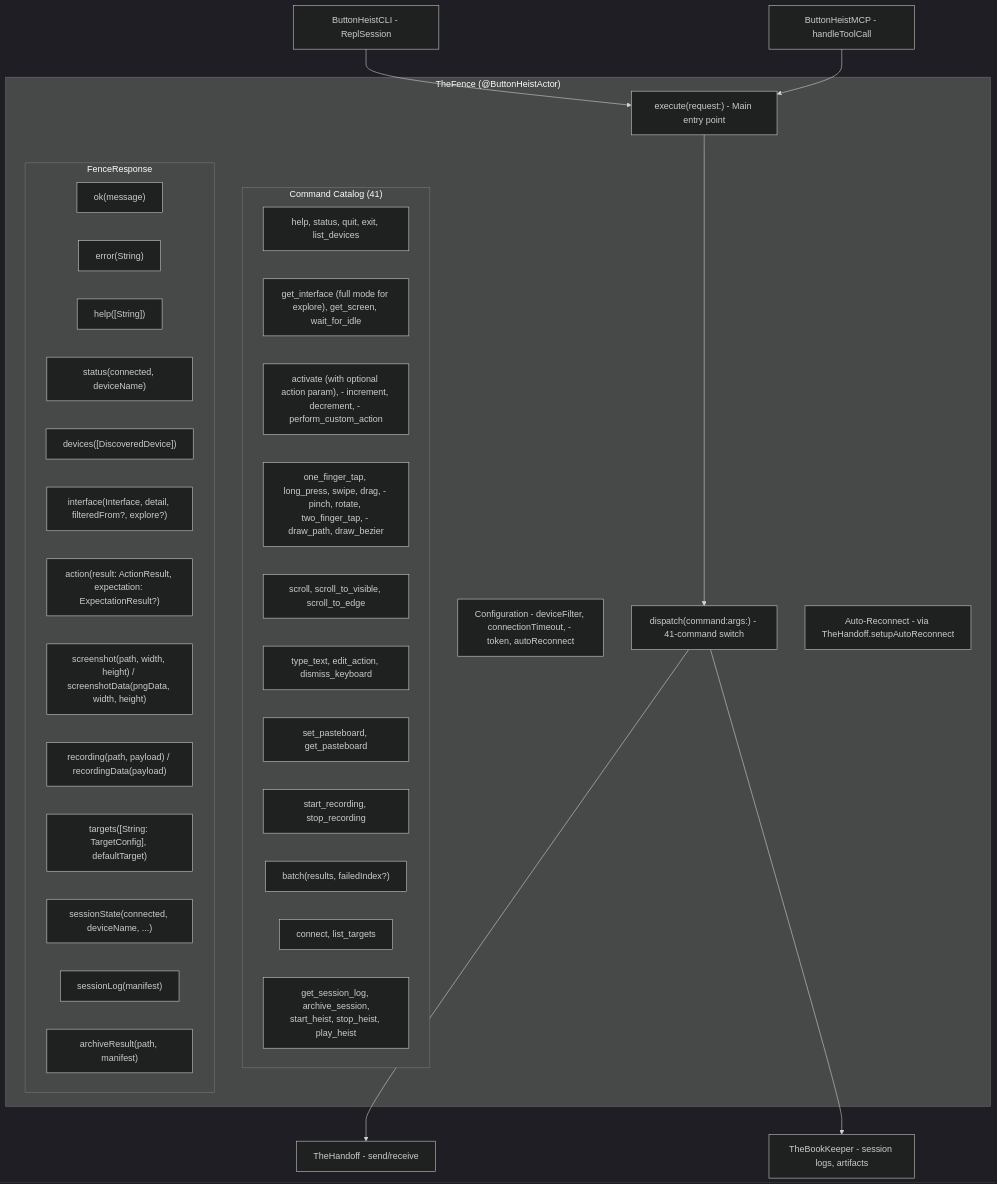
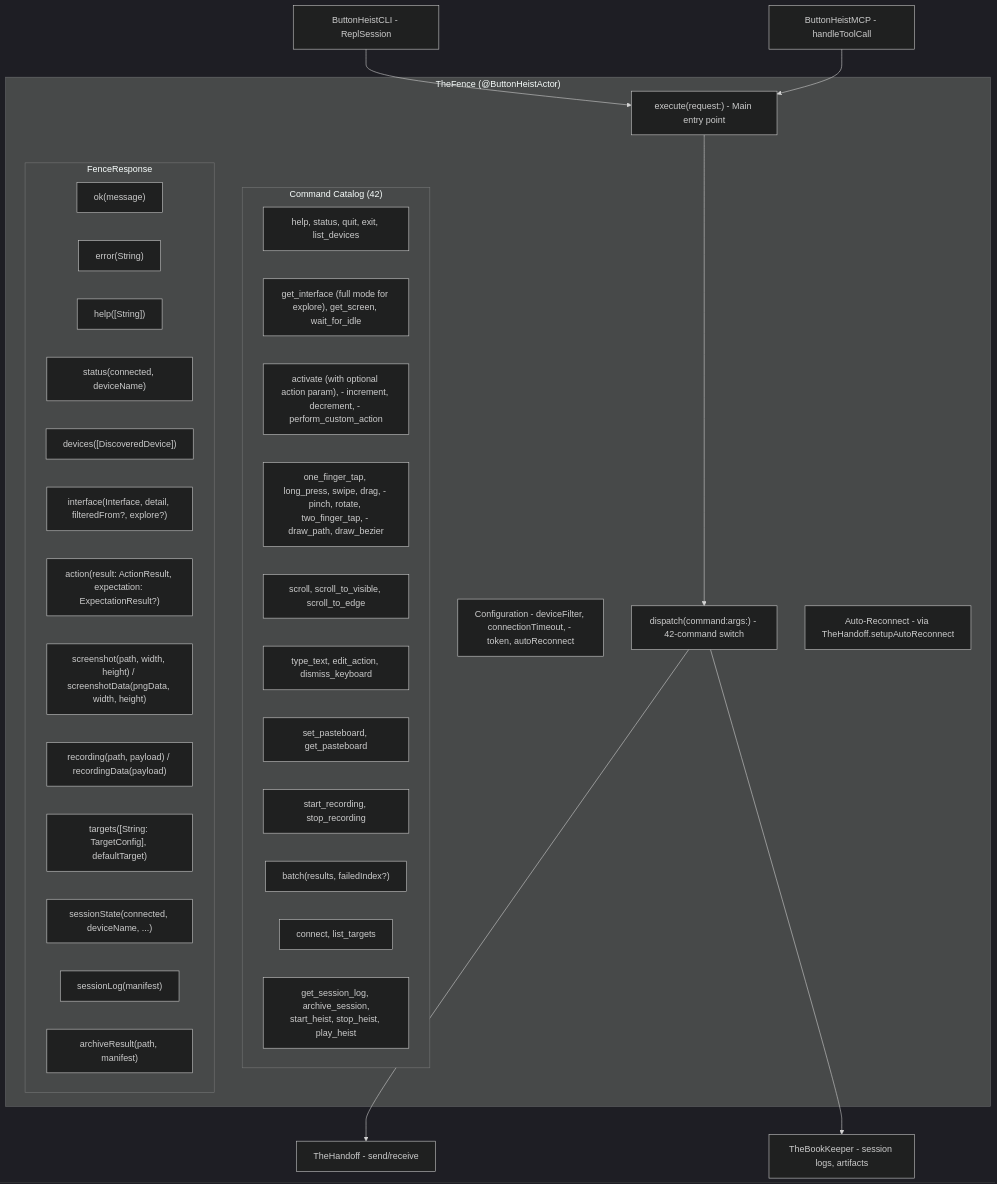
Before and after one commit to RoyalPineapple/TheButtonHeist: the first of 3 diagrams in docs/dossiers/03-THEFENCE.md, drawn with Mermaid (dark theme). The commit also changed other lines of this file, not shown here.

Commit message:
fixup! Renumber dossiers to reading order, audit for correctness, fix README crew list
irrelevant

````diff
--- a/docs/dossiers/03-THEFENCE.md
+++ b/docs/dossiers/03-THEFENCE.md
@@ -29,46 +29,46 @@
 ```mermaid
 graph TD
     subgraph TheFence["TheFence (@ButtonHeistActor)"]
         Config["Configuration - deviceFilter, connectionTimeout, - token, autoReconnect"]
         Execute["execute(request:) - Main entry point"]
-        Dispatch["dispatch(command:args:) - 41-command switch"]
+        Dispatch["dispatch(command:args:) - 42-command switch"]
         Reconnect["Auto-Reconnect - via TheHandoff.setupAutoReconnect"]
 
-        subgraph Commands["Command Catalog (41)"]
+        subgraph Commands["Command Catalog (42)"]
             Conn["help, status, quit, exit, list_devices"]
             IF["get_interface (full mode for explore), get_screen, wait_for_idle"]
             Access["activate (with optional action param), - increment, decrement, - perform_custom_action"]
             Gesture["one_finger_tap, long_press, swipe, drag, - pinch, rotate, two_finger_tap, - draw_path, draw_bezier"]
             Scroll["scroll, scroll_to_visible, scroll_to_edge"]
             Text["type_text, edit_action, dismiss_keyboard"]
             Pasteboard["set_pasteboard, get_pasteboard"]
             Rec["start_recording, stop_recording"]
             Batch["run_batch, get_session_state, wait_for"]
             Target["connect, list_targets"]
             BookKeeper["get_session_log, archive_session,\nstart_heist, stop_heist, play_heist"]
         end
 
         subgraph Response["FenceResponse"]
             Ok["ok(message)"]
             Err["error(String)"]
             Help["help([String])"]
             Status["status(connected, deviceName)"]
             DevList["devices([DiscoveredDevice])"]
             IFResp["interface(Interface, detail, filteredFrom?, explore?)"]
             Action["action(result: ActionResult, expectation: ExpectationResult?)"]
             Screenshot["screenshot(path, width, height) / screenshotData(pngData, width, height)"]
             Recording["recording(path, payload) / recordingData(payload)"]
             Targets["targets([String: TargetConfig], defaultTarget)"]
             Batch["batch(results, failedIndex?)"]
             SessionState["sessionState(connected, deviceName, ...)"]
             SessionLog["sessionLog(manifest)"]
             ArchiveResult["archiveResult(path, manifest)"]
         end
     end
 
     CLI["ButtonHeistCLI - ReplSession"] --> Execute
     MCP["ButtonHeistMCP - handleToolCall"] --> Execute
     Execute --> Dispatch
     Dispatch --> Client["TheHandoff - send/receive"]
     Dispatch --> BookKeeperObj["TheBookKeeper - session logs, artifacts"]
 ```
````
